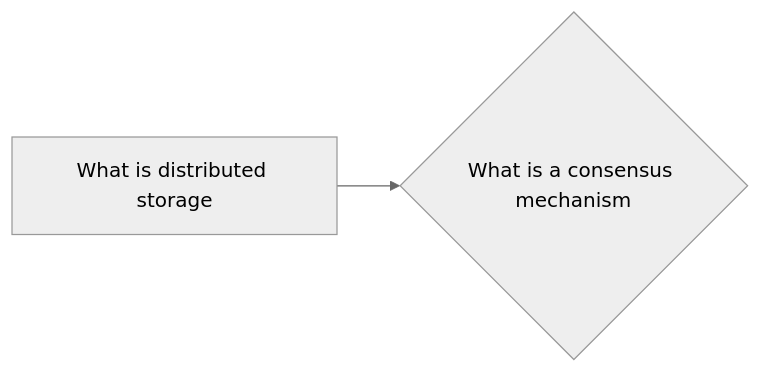
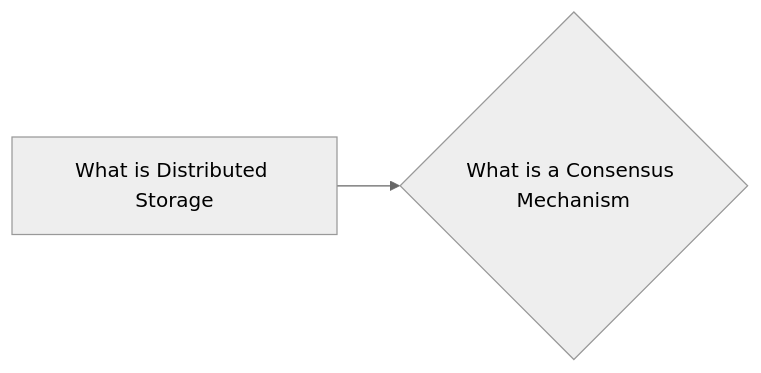
One commit to lpurdy01/crypto-knowledge-map changed the diagram in notes/What_is_a_Consensus_Mechanism.md. Above: the diagram before and after it, drawn with Mermaid (neutral theme). The commit also changed 50 other files, not shown here.

````diff
--- a/notes/What_is_a_Consensus_Mechanism.md
+++ b/notes/What_is_a_Consensus_Mechanism.md
@@ -9,4 +9,4 @@
 ```mermaid
 graph LR
-1["What is distributed storage"]-->0{"What is a consensus mechanism"}
+1["What is Distributed Storage"]-->0{"What is a Consensus Mechanism"}
 ```
````
